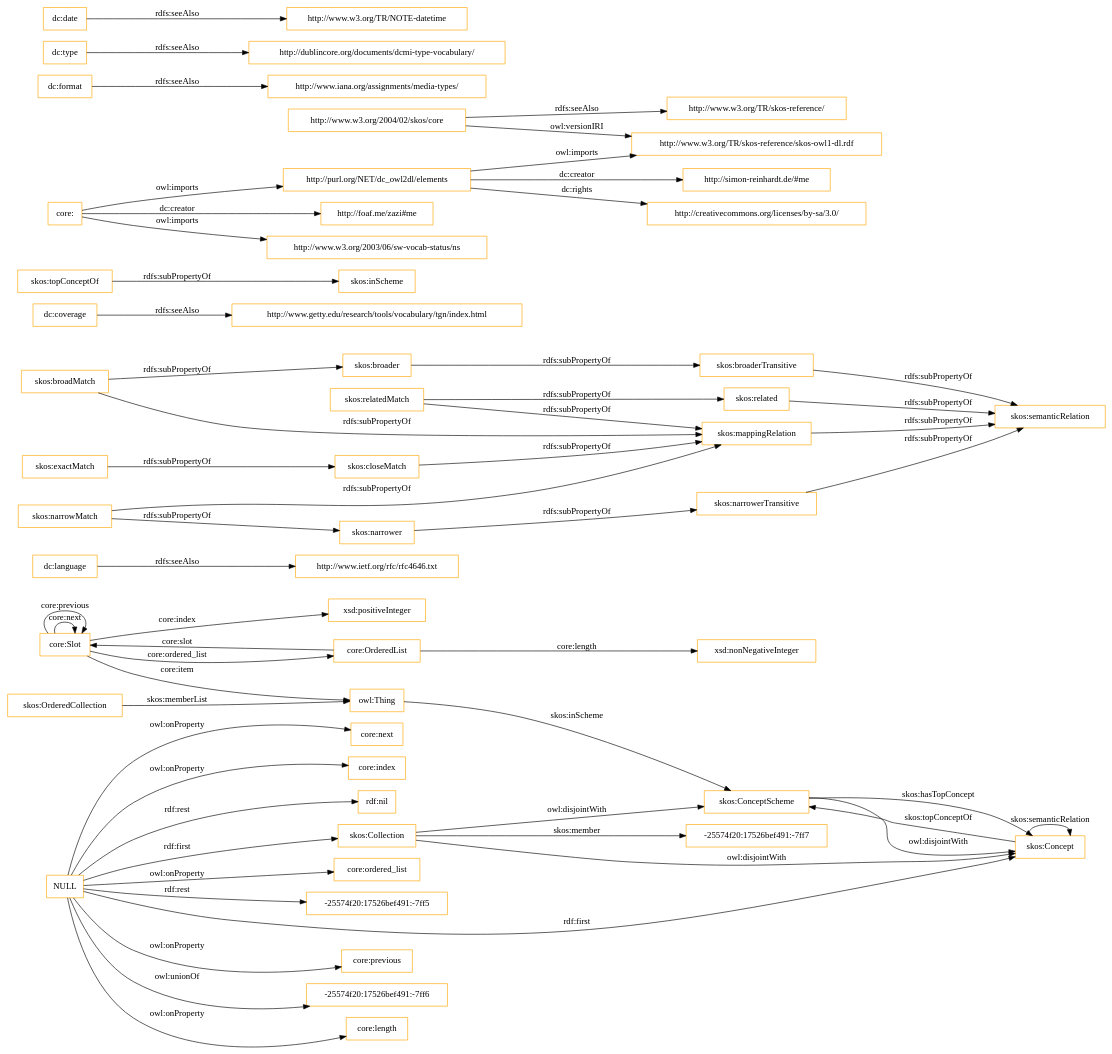
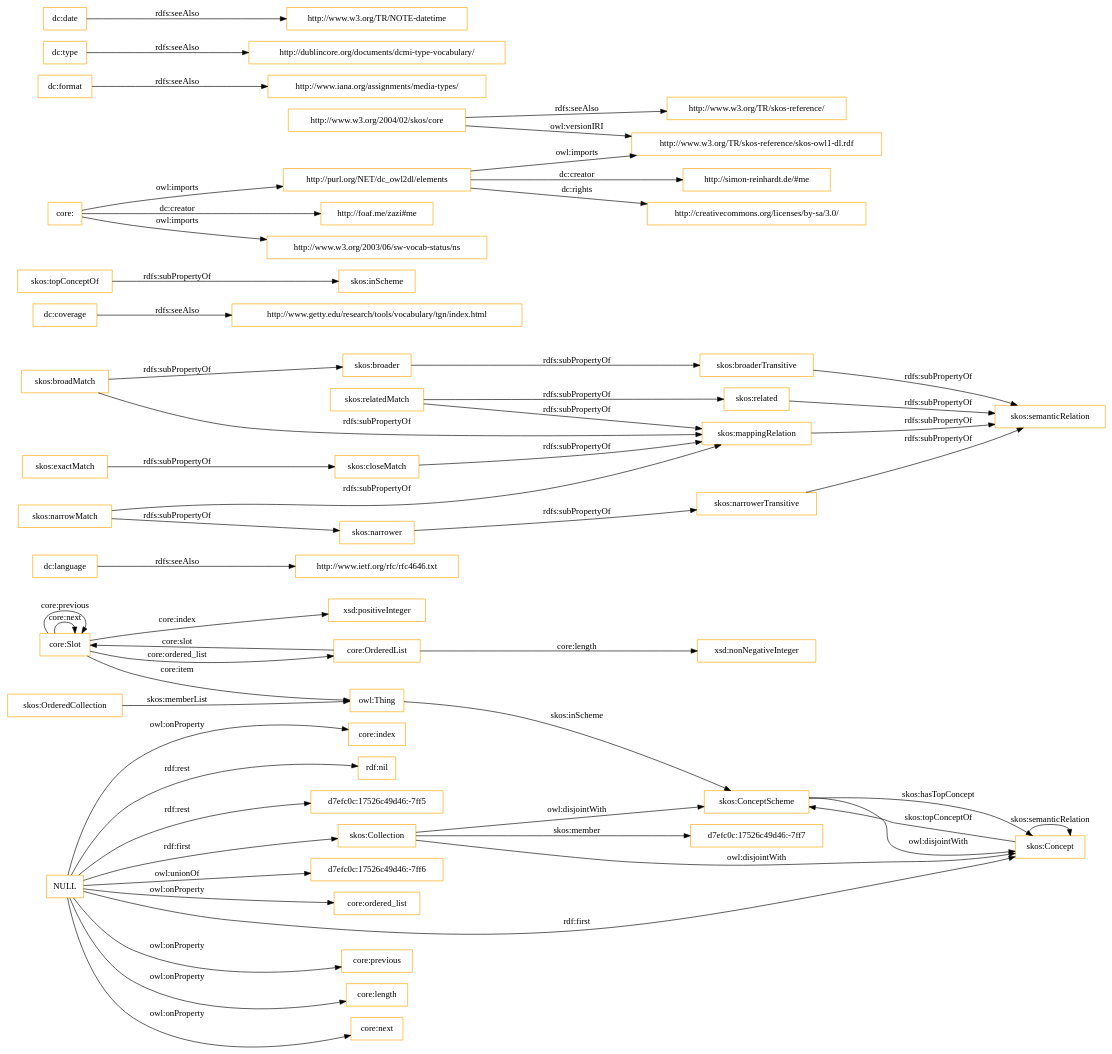
Before and after one commit to OnToologyUser/core-ontology-1: the diagram in OnToology/imports/core.owl/diagrams/ar2dtool-class/core.owl.png.dot, drawn with Graphviz. The commit also changed 14 other files, not shown here.

```diff
--- a/OnToology/imports/core.owl/diagrams/ar2dtool-class/core.owl.png.dot
+++ b/OnToology/imports/core.owl/diagrams/ar2dtool-class/core.owl.png.dot
@@ -1,60 +1,60 @@
 digraph ar2dtool_diagram { 
 rankdir=LR;
 size="1501"
-node [shape = rectangle, color="orange"]; "core:Slot" "core:OrderedList" "-25574f20:17526bef491:-7ff7" "skos:OrderedCollection" "skos:Collection" "skos:ConceptScheme" "skos:Concept" ; /*classes style*/
+node [shape = rectangle, color="orange"]; "core:Slot" "core:OrderedList" "d7efc0c:17526c49d46:-7ff7" "skos:OrderedCollection" "skos:Collection" "skos:ConceptScheme" "skos:Concept" ; /*classes style*/
 	"dc:language" -> "http://www.ietf.org/rfc/rfc4646.txt" [ label = "rdfs:seeAlso" ];
 	"NULL" -> "core:previous" [ label = "owl:onProperty" ];
-	"NULL" -> "-25574f20:17526bef491:-7ff6" [ label = "owl:unionOf" ];
 	"NULL" -> "core:length" [ label = "owl:onProperty" ];
 	"NULL" -> "skos:Concept" [ label = "rdf:first" ];
 	"NULL" -> "core:next" [ label = "owl:onProperty" ];
 	"NULL" -> "core:index" [ label = "owl:onProperty" ];
 	"NULL" -> "rdf:nil" [ label = "rdf:rest" ];
+	"NULL" -> "d7efc0c:17526c49d46:-7ff5" [ label = "rdf:rest" ];
+	"NULL" -> "d7efc0c:17526c49d46:-7ff6" [ label = "owl:unionOf" ];
 	"NULL" -> "core:ordered_list" [ label = "owl:onProperty" ];
-	"NULL" -> "-25574f20:17526bef491:-7ff5" [ label = "rdf:rest" ];
 	"NULL" -> "skos:Collection" [ label = "rdf:first" ];
 	"skos:closeMatch" -> "skos:mappingRelation" [ label = "rdfs:subPropertyOf" ];
 	"dc:coverage" -> "http://www.getty.edu/research/tools/vocabulary/tgn/index.html" [ label = "rdfs:seeAlso" ];
 	"skos:relatedMatch" -> "skos:related" [ label = "rdfs:subPropertyOf" ];
 	"skos:relatedMatch" -> "skos:mappingRelation" [ label = "rdfs:subPropertyOf" ];
 	"skos:ConceptScheme" -> "skos:Concept" [ label = "owl:disjointWith" ];
 	"skos:related" -> "skos:semanticRelation" [ label = "rdfs:subPropertyOf" ];
 	"skos:topConceptOf" -> "skos:inScheme" [ label = "rdfs:subPropertyOf" ];
 	"skos:broadMatch" -> "skos:broader" [ label = "rdfs:subPropertyOf" ];
 	"skos:broadMatch" -> "skos:mappingRelation" [ label = "rdfs:subPropertyOf" ];
 	"http://purl.org/NET/dc_owl2dl/elements" -> "http://www.w3.org/TR/skos-reference/skos-owl1-dl.rdf" [ label = "owl:imports" ];
 	"http://purl.org/NET/dc_owl2dl/elements" -> "http://creativecommons.org/licenses/by-sa/3.0/" [ label = "dc:rights" ];
 	"http://purl.org/NET/dc_owl2dl/elements" -> "http://simon-reinhardt.de/#me" [ label = "dc:creator" ];
 	"skos:exactMatch" -> "skos:closeMatch" [ label = "rdfs:subPropertyOf" ];
 	"dc:format" -> "http://www.iana.org/assignments/media-types/" [ label = "rdfs:seeAlso" ];
 	"core:" -> "http://foaf.me/zazi#me" [ label = "dc:creator" ];
 	"core:" -> "http://www.w3.org/2003/06/sw-vocab-status/ns" [ label = "owl:imports" ];
 	"core:" -> "http://purl.org/NET/dc_owl2dl/elements" [ label = "owl:imports" ];
 	"skos:broaderTransitive" -> "skos:semanticRelation" [ label = "rdfs:subPropertyOf" ];
 	"skos:mappingRelation" -> "skos:semanticRelation" [ label = "rdfs:subPropertyOf" ];
 	"skos:broader" -> "skos:broaderTransitive" [ label = "rdfs:subPropertyOf" ];
 	"dc:type" -> "http://dublincore.org/documents/dcmi-type-vocabulary/" [ label = "rdfs:seeAlso" ];
 	"http://www.w3.org/2004/02/skos/core" -> "http://www.w3.org/TR/skos-reference/skos-owl1-dl.rdf" [ label = "owl:versionIRI" ];
 	"http://www.w3.org/2004/02/skos/core" -> "http://www.w3.org/TR/skos-reference/" [ label = "rdfs:seeAlso" ];
 	"skos:Collection" -> "skos:ConceptScheme" [ label = "owl:disjointWith" ];
 	"skos:Collection" -> "skos:Concept" [ label = "owl:disjointWith" ];
 	"skos:narrowMatch" -> "skos:narrower" [ label = "rdfs:subPropertyOf" ];
 	"skos:narrowMatch" -> "skos:mappingRelation" [ label = "rdfs:subPropertyOf" ];
 	"skos:narrower" -> "skos:narrowerTransitive" [ label = "rdfs:subPropertyOf" ];
 	"dc:date" -> "http://www.w3.org/TR/NOTE-datetime" [ label = "rdfs:seeAlso" ];
 	"skos:narrowerTransitive" -> "skos:semanticRelation" [ label = "rdfs:subPropertyOf" ];
 	"core:Slot" -> "xsd:positiveInteger" [ label = "core:index" ];
 	"skos:Concept" -> "skos:ConceptScheme" [ label = "skos:topConceptOf" ];
 	"core:Slot" -> "owl:Thing" [ label = "core:item" ];
 	"core:OrderedList" -> "xsd:nonNegativeInteger" [ label = "core:length" ];
 	"core:OrderedList" -> "core:Slot" [ label = "core:slot" ];
-	"skos:Collection" -> "-25574f20:17526bef491:-7ff7" [ label = "skos:member" ];
+	"skos:Collection" -> "d7efc0c:17526c49d46:-7ff7" [ label = "skos:member" ];
 	"core:Slot" -> "core:Slot" [ label = "core:next" ];
 	"skos:ConceptScheme" -> "skos:Concept" [ label = "skos:hasTopConcept" ];
 	"owl:Thing" -> "skos:ConceptScheme" [ label = "skos:inScheme" ];
 	"core:Slot" -> "core:Slot" [ label = "core:previous" ];
 	"skos:OrderedCollection" -> "owl:Thing" [ label = "skos:memberList" ];
 	"skos:Concept" -> "skos:Concept" [ label = "skos:semanticRelation" ];
 	"core:Slot" -> "core:OrderedList" [ label = "core:ordered_list" ];
 
 }
```
